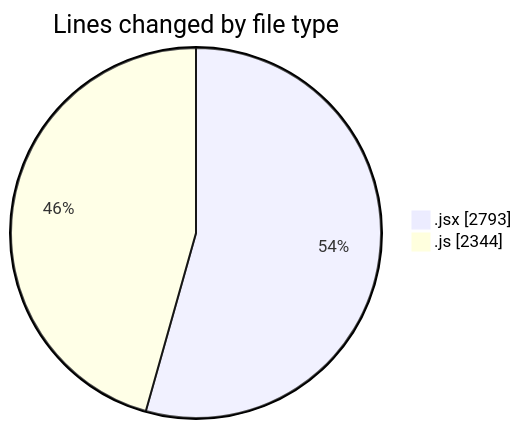
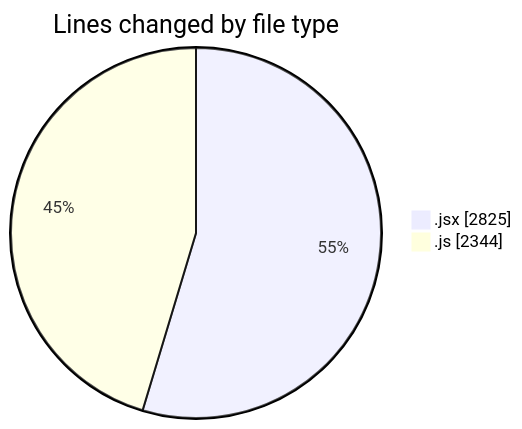
Before and after one commit to nxtqubesakshisongat/code-tracking: the first of 2 diagrams in 2026-01-08/nxtqube_webapp/README.md, drawn with Mermaid. The commit also changed other lines of this file and 1 other file, not shown here.

````diff
--- a/2026-01-08/nxtqube_webapp/README.md
+++ b/2026-01-08/nxtqube_webapp/README.md
@@ -23,6 +23,6 @@
 ```mermaid
 pie showData
 title Lines changed by file type
-".jsx" : 2793
+".jsx" : 2825
 ".js" : 2344
 ```
````
